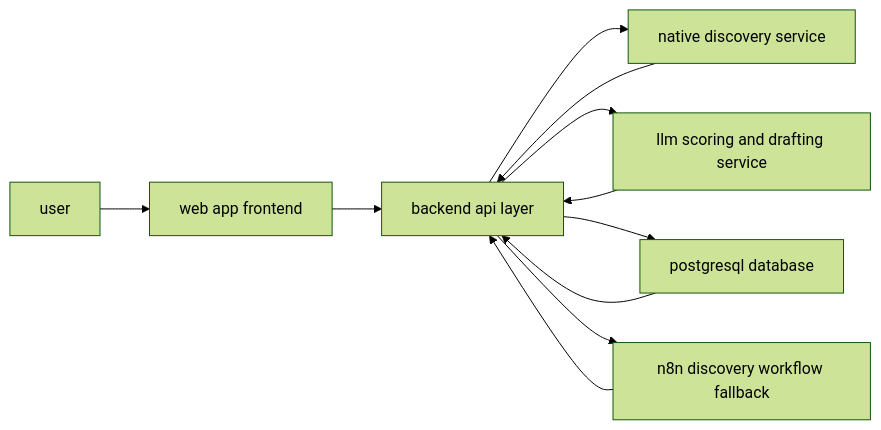
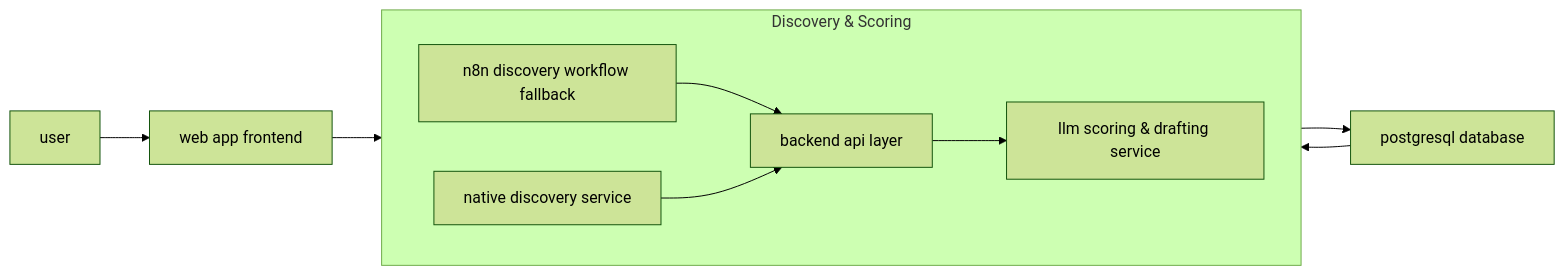
One commit to raptor7197/Influencer-Intelligence-Credibility-Engine changed the first of 5 diagrams in readme.md. Above: the diagram before and after it, drawn with Mermaid (forest theme). The commit also changed other lines of this file, not shown here.

````diff
--- a/readme.md
+++ b/readme.md
@@ -129,13 +122,15 @@
 ```mermaid
 flowchart LR
     user_node["user"] --> fe["web app frontend"]
     fe --> api["backend api layer"]
-    api --> native_discovery["native discovery service"]
-    api --> llm["llm scoring and drafting service"]
+    
+    subgraph Discovery & Scoring
+        direction LR
+        n8n_discovery["n8n discovery workflow fallback"] --> api
+        native_discovery["native discovery service"] --> api
+        api --> llm["llm scoring & drafting service"]
+    end
+
     api --> db["postgresql database"]
-    api --> n8n_discovery["n8n discovery workflow fallback"]
-    native_discovery --> api
-    n8n_discovery --> api
-    llm --> api
     db --> api
 ```
````
